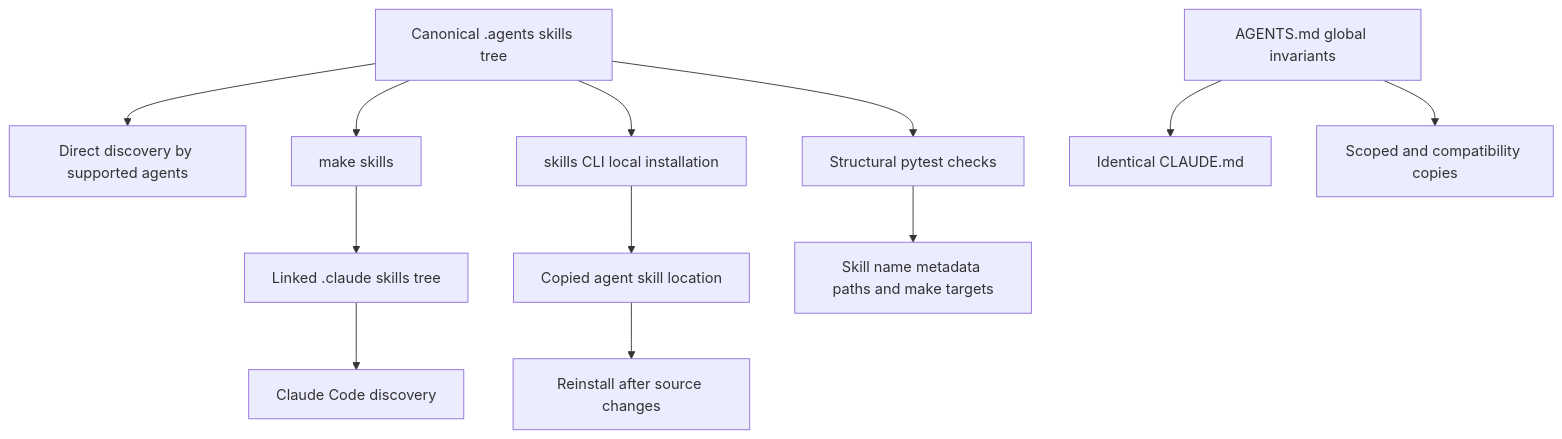
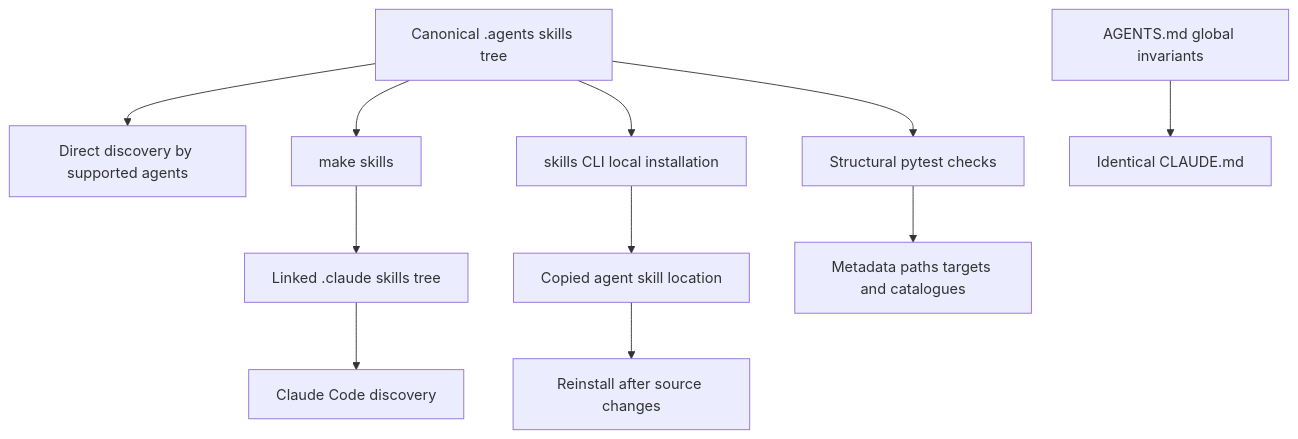
The diagram in openwiki/operations/agent-skills.md (langchain-ai/docs), drawn with Mermaid before and after one commit. The commit also changed other lines of this file and 20 other files, not shown here.

````diff
--- a/openwiki/operations/agent-skills.md
+++ b/openwiki/operations/agent-skills.md
@@ -55,14 +61,13 @@
 ```mermaid
 flowchart TD
   Canonical["Canonical .agents skills tree"] --> Direct["Direct discovery by supported agents"]
-  Canonical --> ClaudeCmd["make skills"]
-  ClaudeCmd --> ClaudeTree["Linked .claude skills tree"]
+  Canonical --> ClaudeCommand["make skills"]
+  ClaudeCommand --> ClaudeTree["Linked .claude skills tree"]
   ClaudeTree --> Claude["Claude Code discovery"]
-  Canonical --> External["skills CLI local installation"]
-  External --> Copy["Copied agent skill location"]
+  Canonical --> Install["skills CLI local installation"]
+  Install --> Copy["Copied agent skill location"]
   Copy --> Refresh["Reinstall after source changes"]
   Canonical --> Checks["Structural pytest checks"]
   Rules["AGENTS.md global invariants"] --> ClaudeRules["Identical CLAUDE.md"]
-  Rules --> Derived["Scoped and compatibility copies"]
-  Checks --> Contract["Skill name metadata paths and make targets"]
+  Checks --> Contract["Metadata paths targets and catalogues"]
 ```
````
